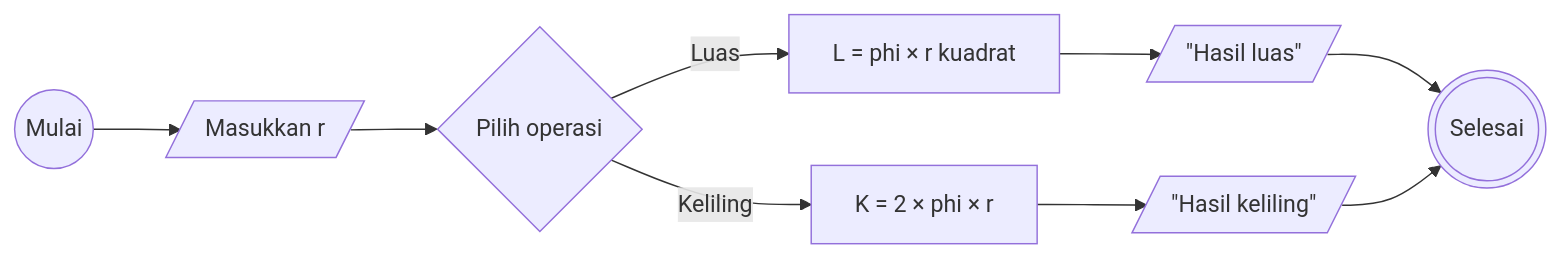
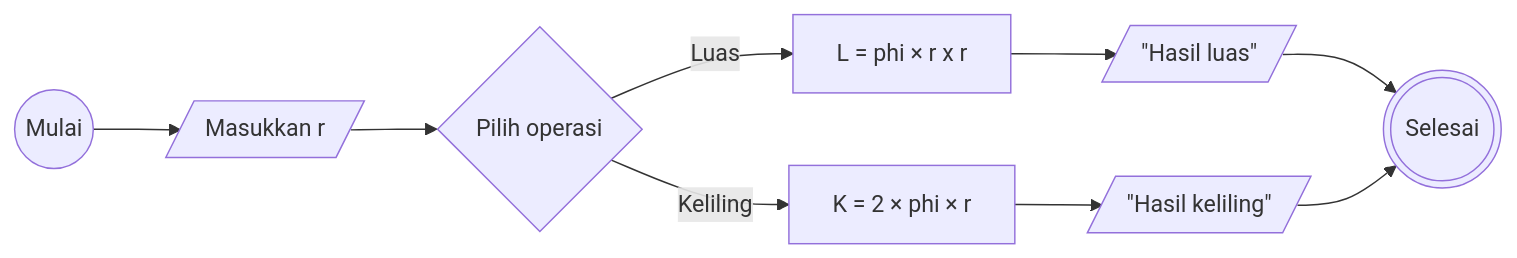
Before and after one commit to ranandasatria/fgo24-algoritma: the diagram in Algoritma Minitask - Lingkaran.md, drawn with Mermaid. The commit also changed other lines of this file, not shown here.

````diff
--- a/Algoritma Minitask - Lingkaran.md
+++ b/Algoritma Minitask - Lingkaran.md
@@ -12,16 +12,16 @@
 ```mermaid
 flowchart LR
     A@{shape: circle, label: "Mulai"}
     B@{shape: lean-r, label: "Masukkan r"}
     C{"Pilih operasi"}
-    D@{shape: rect, label: "L = phi × r kuadrat"}
+    D@{shape: rect, label: "L = phi × r x r"}
     E@{shape: rect, label: "K = 2 × phi × r"}
     F@{shape: lean-r, label: '"Hasil luas"'}
     G@{shape: lean-r, label: '"Hasil keliling"'}
     H@{shape: dbl-circ, label: "Selesai"}
 
     A --> B
     B --> C
-    C -->|Luas| D --> F --> H
+    C --> |Luas| D --> F --> H
     C -->|Keliling| E --> G --> H
 ```
````
